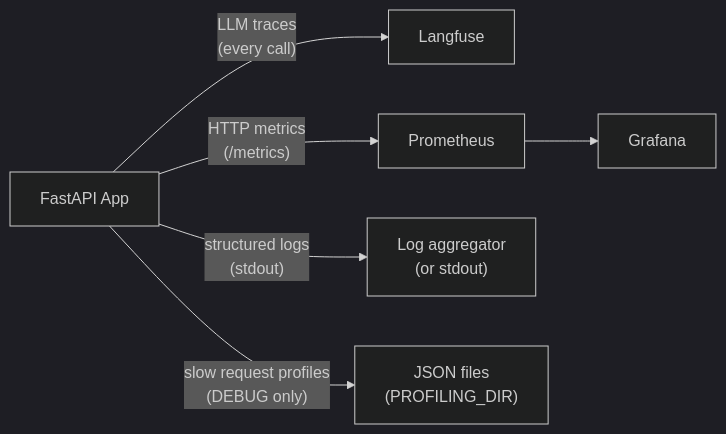
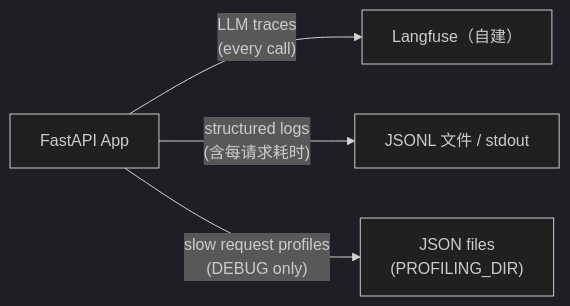
One commit to Offer-Buddy/fly-agent changed the diagram in docs/observability.md. Above: the diagram before and after it, drawn with Mermaid (dark theme). The commit also changed other lines of this file and 21 other files, not shown here.

First line of the commit message:
refactor: 移除 Prometheus/Grafana/cadvisor，观测改为自建 Langfuse + 请求日志

````diff
--- a/docs/observability.md
+++ b/docs/observability.md
@@ -5,10 +5,8 @@
 ```mermaid
 graph LR
     App["FastAPI App"]
 
-    App -->|"LLM traces\n(every call)"| Langfuse
-    App -->|"HTTP metrics\n(/metrics)"| Prometheus
-    Prometheus --> Grafana
-    App -->|"structured logs\n(stdout)"| Logs["Log aggregator\n(or stdout)"]
+    App -->|"LLM traces\n(every call)"| Langfuse["Langfuse（自建）"]
+    App -->|"structured logs\n(含每请求耗时)"| Logs["JSONL 文件 / stdout"]
     App -->|"slow request profiles\n(DEBUG only)"| Profiles["JSON files\n(PROFILING_DIR)"]
 ```
````
